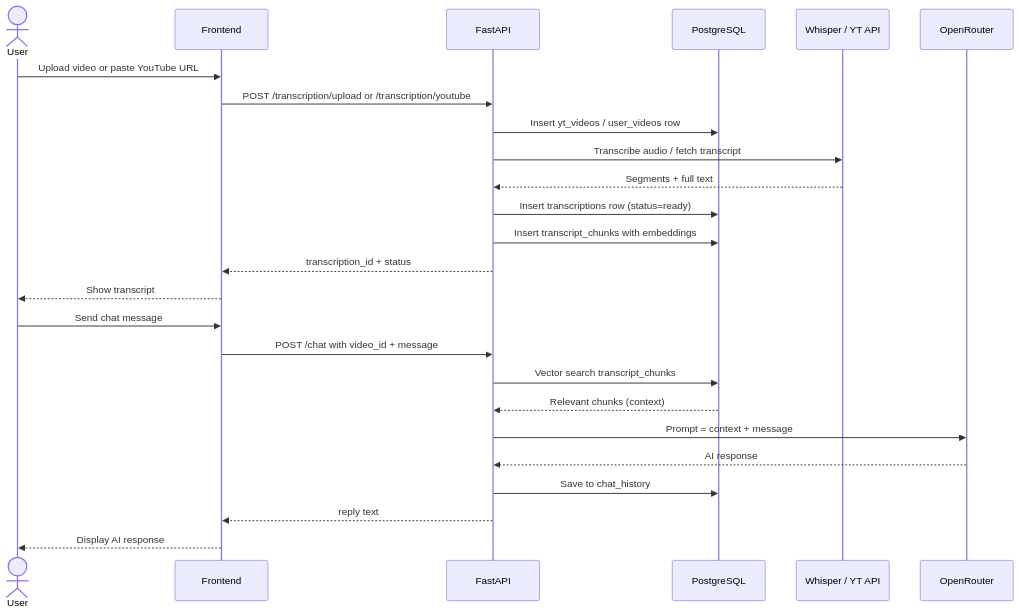
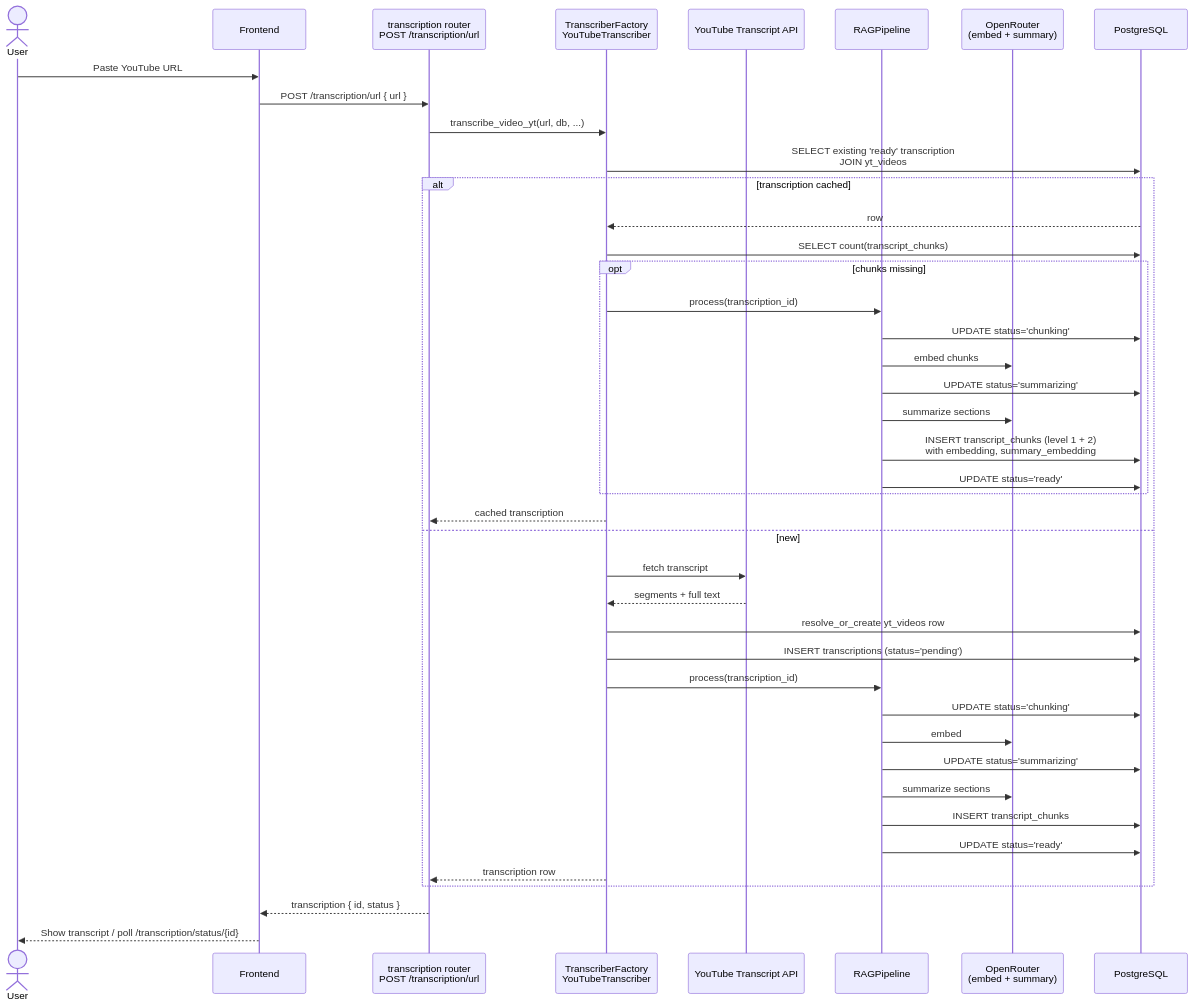
One commit to Servo69420/VidSearch changed the fifth of 7 diagrams in visualised_db_flow.md. Above: the diagram before and after it, drawn with Mermaid. The commit also changed other lines of this file, not shown here.

Commit message:
updated visualisation of everything: db. flows

````diff
--- a/visualised_db_flow.md
+++ b/visualised_db_flow.md
@@ -233,29 +404,46 @@
 ```mermaid
 sequenceDiagram
     actor U as User
     participant FE as Frontend
-    participant BE as FastAPI
+    participant TR as transcription router<br/>POST /transcription/url
+    participant TC as TranscriberFactory<br/>YouTubeTranscriber
+    participant YT as YouTube Transcript API
+    participant RAG as RAGPipeline
+    participant OR as OpenRouter<br/>(embed + summary)
     participant DB as PostgreSQL
-    participant EXT as Whisper / YT API
-    participant OR as OpenRouter
 
-    U->>FE: Upload video or paste YouTube URL
-    FE->>BE: POST /transcription/upload or /transcription/youtube
-    BE->>DB: Insert yt_videos / user_videos row
-    BE->>EXT: Transcribe audio / fetch transcript
-    EXT-->>BE: Segments + full text
-    BE->>DB: Insert transcriptions row (status=ready)
-    BE->>DB: Insert transcript_chunks with embeddings
-    BE-->>FE: transcription_id + status
-    FE-->>U: Show transcript
+    U->>FE: Paste YouTube URL
+    FE->>TR: POST /transcription/url { url }
+    TR->>TC: transcribe_video_yt(url, db, ...)
 
-    U->>FE: Send chat message
-    FE->>BE: POST /chat with video_id + message
-    BE->>DB: Vector search transcript_chunks
-    DB-->>BE: Relevant chunks (context)
-    BE->>OR: Prompt = context + message
-    OR-->>BE: AI response
-    BE->>DB: Save to chat_history
-    BE-->>FE: reply text
-    FE-->>U: Display AI response
+    TC->>DB: SELECT existing 'ready' transcription<br/>JOIN yt_videos
+    alt transcription cached
+        DB-->>TC: row
+        TC->>DB: SELECT count(transcript_chunks)
+        opt chunks missing
+            TC->>RAG: process(transcription_id)
+            RAG->>DB: UPDATE status='chunking'
+            RAG->>OR: embed chunks
+            RAG->>DB: UPDATE status='summarizing'
+            RAG->>OR: summarize sections
+            RAG->>DB: INSERT transcript_chunks (level 1 + 2)<br/>with embedding, summary_embedding
+            RAG->>DB: UPDATE status='ready'
+        end
+        TC-->>TR: cached transcription
+    else new
+        TC->>YT: fetch transcript
+        YT-->>TC: segments + full text
+        TC->>DB: resolve_or_create yt_videos row
+        TC->>DB: INSERT transcriptions (status='pending')
+        TC->>RAG: process(transcription_id)
+        RAG->>DB: UPDATE status='chunking'
+        RAG->>OR: embed
+        RAG->>DB: UPDATE status='summarizing'
+        RAG->>OR: summarize sections
+        RAG->>DB: INSERT transcript_chunks
+        RAG->>DB: UPDATE status='ready'
+        TC-->>TR: transcription row
+    end
+    TR-->>FE: transcription { id, status }
+    FE-->>U: Show transcript / poll /transcription/status/{id}
 ```
````
